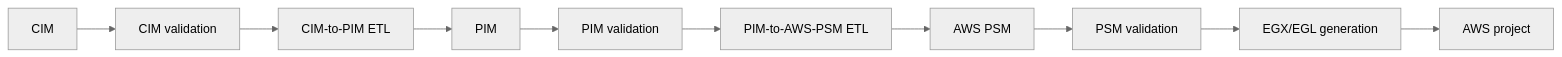
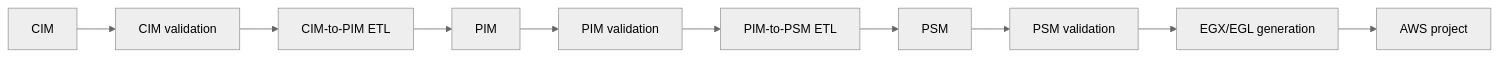
Before and after one commit to mehdieidi/modriss: the diagram in docs/public-docs/docs/concepts/pipeline.md, drawn with Mermaid (neutral theme). The commit also changed other lines of this file and 193 other files, not shown here.

Commit message:
docs: change aws psm to psm

````diff
--- a/docs/public-docs/docs/concepts/pipeline.md
+++ b/docs/public-docs/docs/concepts/pipeline.md
@@ -7,12 +7,12 @@
 ```mermaid
 flowchart LR
     C["CIM"] --> CV["CIM validation"]
     CV --> CP["CIM-to-PIM ETL"]
     CP --> P["PIM"]
     P --> PV["PIM validation"]
-    PV --> PP["PIM-to-AWS-PSM ETL"]
-    PP --> A["AWS PSM"]
+    PV --> PP["PIM-to-PSM ETL"]
+    PP --> A["PSM"]
     A --> AV["PSM validation"]
     AV --> G["EGX/EGL generation"]
     G --> O["AWS project"]
 ```
````
